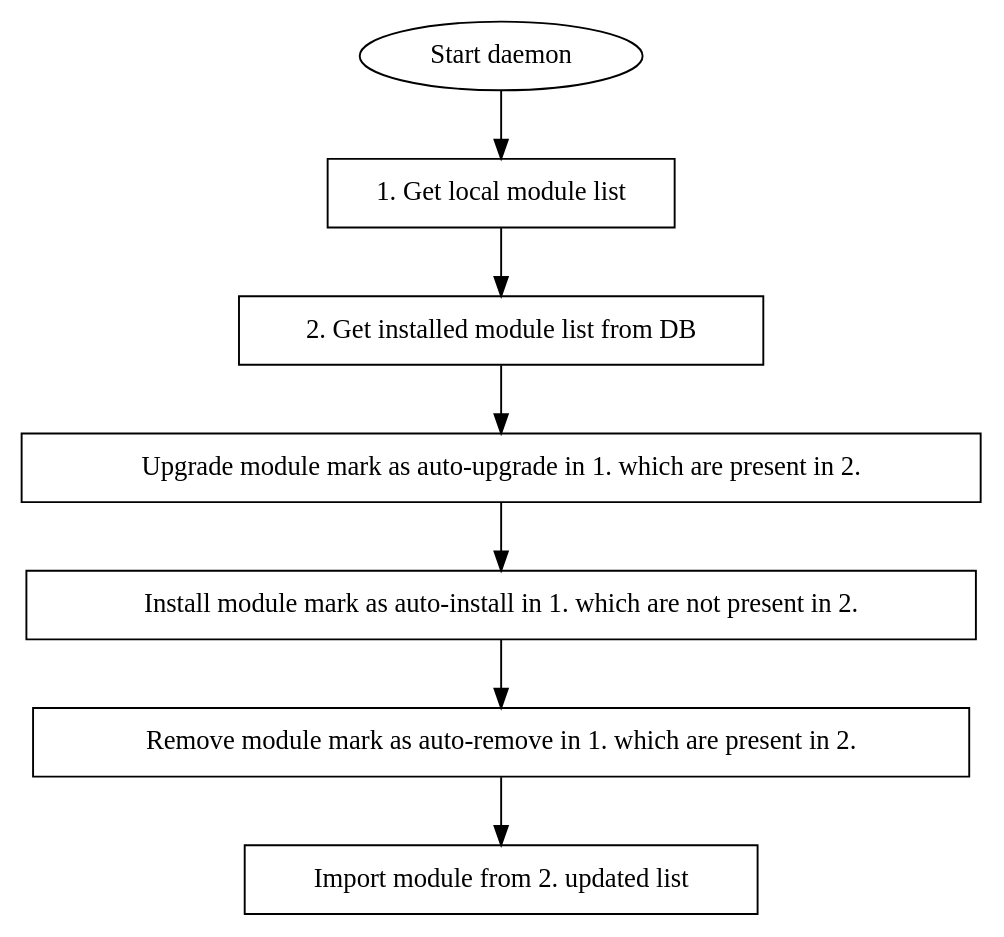
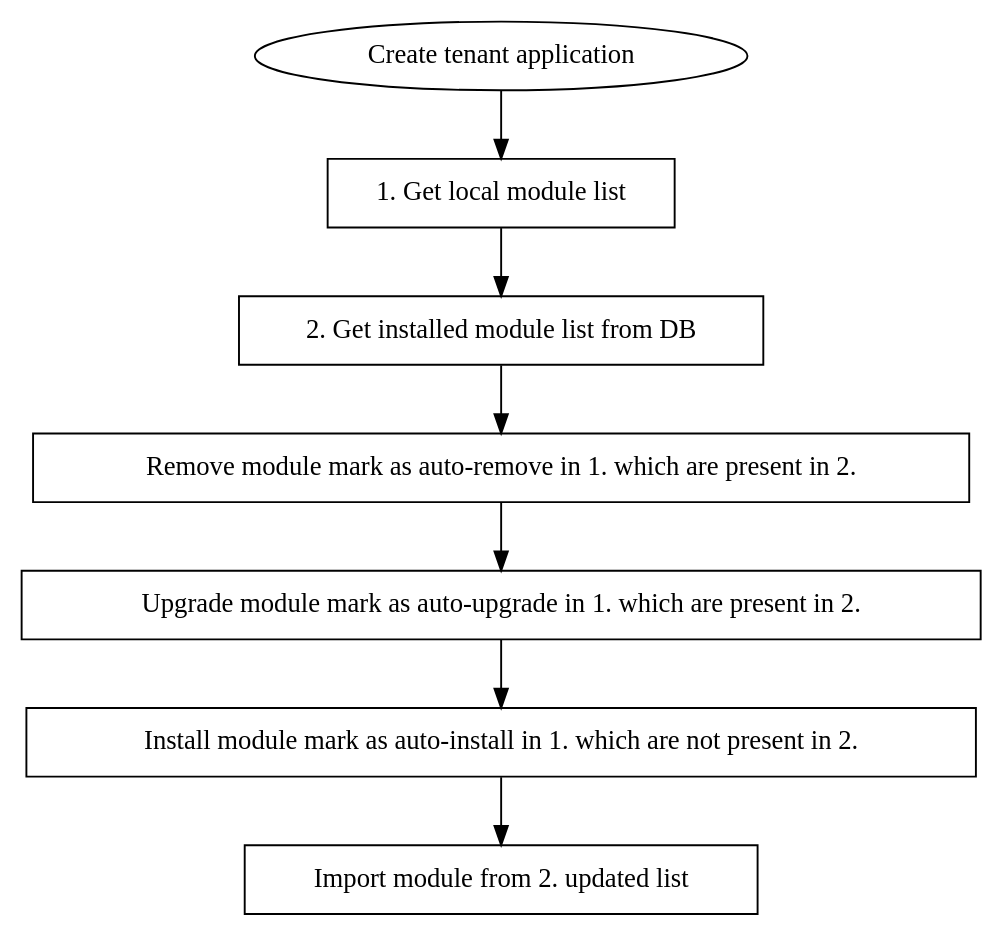
Before and after one commit to aminotti/framework: the diagram in docs/dev/moduleloading.rst, drawn with Graphviz. The commit also changed 13 other files, not shown here.

```diff
--- a/docs/dev/moduleloading.rst
+++ b/docs/dev/moduleloading.rst
@@ -4,13 +4,13 @@
 .. graphviz::
 
    digraph loadmodule {
-      a [label="Start daemon"]
+      a [label="Create tenant application"]
       b [label="1. Get local module list", shape="rect"];
       c [label="2. Get installed module list from DB", shape="rect"]
-      d [label="Upgrade module mark as auto-upgrade in 1. which are present in 2.", shape="rect"]
-      e [label="Install module mark as auto-install in 1. which are not present in 2.", shape="rect"]
-      f [label="Remove module mark as auto-remove in 1. which are present in 2.", shape="rect"]
+      d [label="Remove module mark as auto-remove in 1. which are present in 2.", shape="rect"]
+      e [label="Upgrade module mark as auto-upgrade in 1. which are present in 2.", shape="rect"]
+      f [label="Install module mark as auto-install in 1. which are not present in 2.", shape="rect"]
       g [label="Import module from 2. updated list", shape="rect"]
 
       a -> b -> c -> d -> e -> f -> g ;
    }
```
